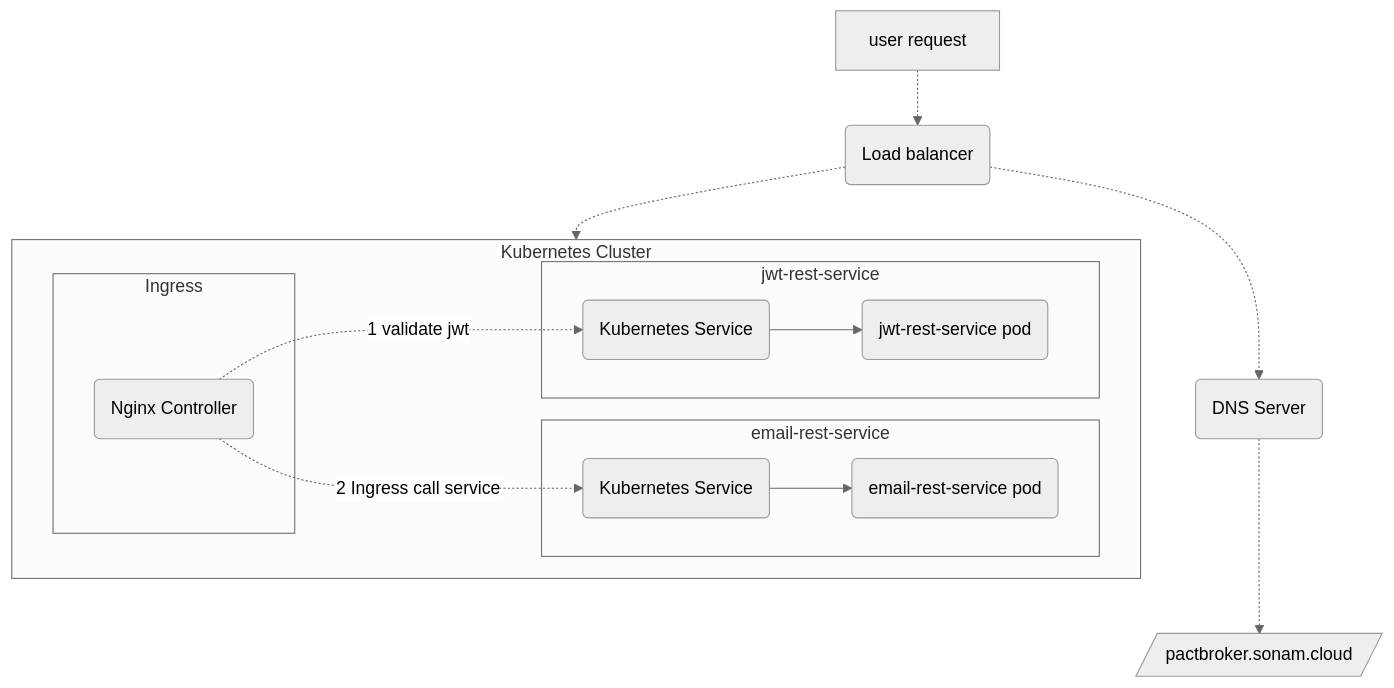
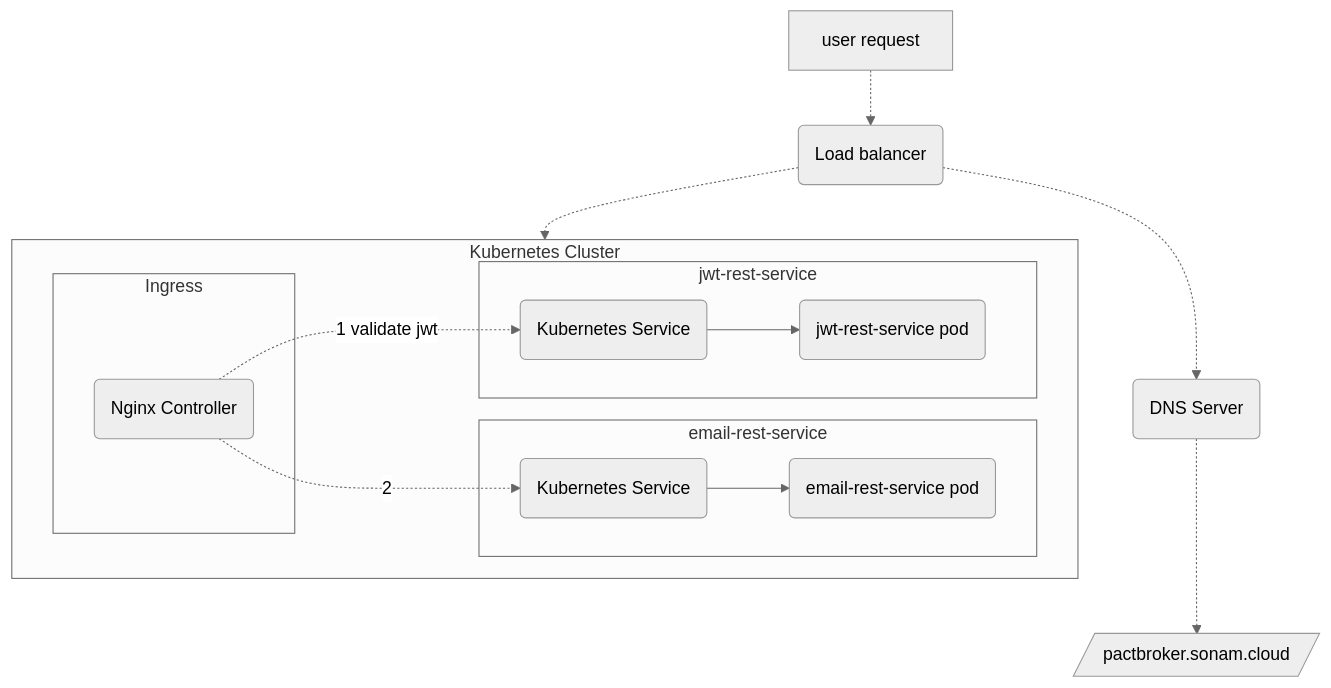
Before and after one commit to sonamsamdupkhangsar/sonamsamdupkhangsar.github.io: the first of 4 diagrams in README.md, drawn with Mermaid (neutral theme).

Commit message:
add jwt-rest-service

````diff
--- a/README.md
+++ b/README.md
@@ -12,23 +12,23 @@
 ```mermaid
 flowchart TD
     A[user request] -.-> B(Load balancer)
     B -.-> C(DNS Server)
     C -.-> D[/pactbroker.sonam.cloud/]
     subgraph k8[Kubernetes Cluster]
     subgraph ingress[Ingress]
     F(Nginx Controller)
     end
     subgraph app[email-rest-service]
     G(Kubernetes Service)
     G --> H(email-rest-service pod)
     end    
     subgraph jwt[jwt-rest-service]
     I(Kubernetes Service)
     I --> J(jwt-rest-service pod)
     end    
     end
-    F -. 2 Ingress call service .-> G
+    F -. 2  .-> G
     F -. 1 validate jwt .-> I
     B -.-> k8
     
 ```
````
